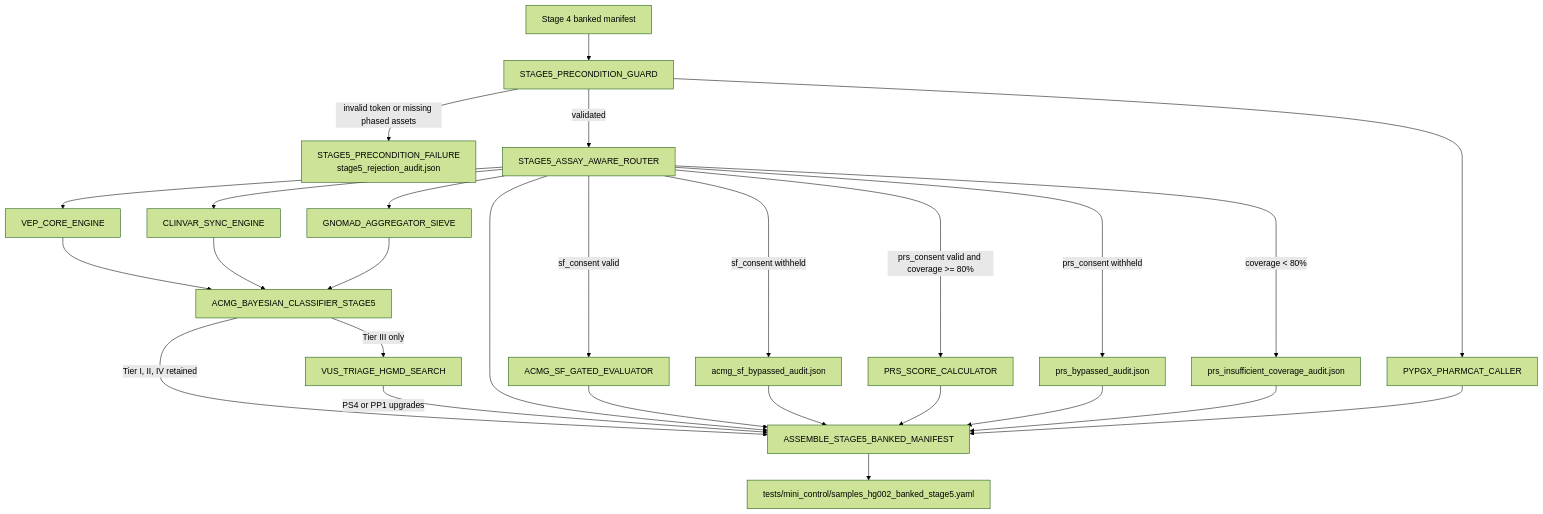
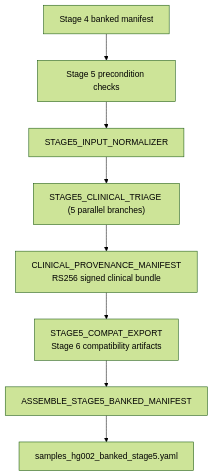
Before and after one commit to jmorganknight/nf_Gen_Var_Pipe: the diagram in Stage_5_Clinical_Annotation_PGx_Triage/README.md, drawn with Mermaid (forest theme). The commit also changed other lines of this file and 71 other files, not shown here.

First line of the commit message:
refactor(architecture): implement zero-loss gates, crypto-handoffs, and Stage 5 isolation

````diff
--- a/Stage_5_Clinical_Annotation_PGx_Triage/README.md
+++ b/Stage_5_Clinical_Annotation_PGx_Triage/README.md
@@ -21,34 +82,10 @@
 ```mermaid
 flowchart TD
-  A["Stage 4 banked manifest"] --> B["STAGE5_PRECONDITION_GUARD"]
-  B -->|invalid token or missing phased assets| Z["STAGE5_PRECONDITION_FAILURE\nstage5_rejection_audit.json"]
-  B -->|validated| R["STAGE5_ASSAY_AWARE_ROUTER"]
-
-  R --> V1["VEP_CORE_ENGINE"]
-  R --> V2["CLINVAR_SYNC_ENGINE"]
-  R --> V3["GNOMAD_AGGREGATOR_SIEVE"]
-  V1 --> C["ACMG_BAYESIAN_CLASSIFIER_STAGE5"]
-    V2 --> C
-    V3 --> C
-  C -->|Tier III only| H["VUS_TRIAGE_HGMD_SEARCH"]
-  C -->|Tier I, II, IV retained| M["ASSEMBLE_STAGE5_BANKED_MANIFEST"]
-    H -->|PS4 or PP1 upgrades| M
-
-  R -->|sf_consent valid| S["ACMG_SF_GATED_EVALUATOR"]
-  R -->|sf_consent withheld| S2["acmg_sf_bypassed_audit.json"]
-
-  R -->|prs_consent valid and coverage >= 80%| P1["PRS_SCORE_CALCULATOR"]
-  R -->|prs_consent withheld| P2["prs_bypassed_audit.json"]
-  R -->|coverage < 80%| P3["prs_insufficient_coverage_audit.json"]
-
-  B --> G["PYPGX_PHARMCAT_CALLER"]
-
-    R --> M
-    S --> M
-    S2 --> M
-    P1 --> M
-    P2 --> M
-    P3 --> M
-    G --> M
-  M --> O["tests/mini_control/samples_hg002_banked_stage5.yaml"]
+    A["Stage 4 banked manifest"] --> B["Stage 5 precondition checks"]
+    B --> C["STAGE5_INPUT_NORMALIZER"]
+    C --> D["STAGE5_CLINICAL_TRIAGE (5 parallel branches)"]
+    D --> E["CLINICAL_PROVENANCE_MANIFEST\nRS256 signed clinical bundle"]
+    E --> F["STAGE5_COMPAT_EXPORT\nStage 6 compatibility artifacts"]
+    F --> G["ASSEMBLE_STAGE5_BANKED_MANIFEST"]
+    G --> H["samples_hg002_banked_stage5.yaml"]
 ```
````
